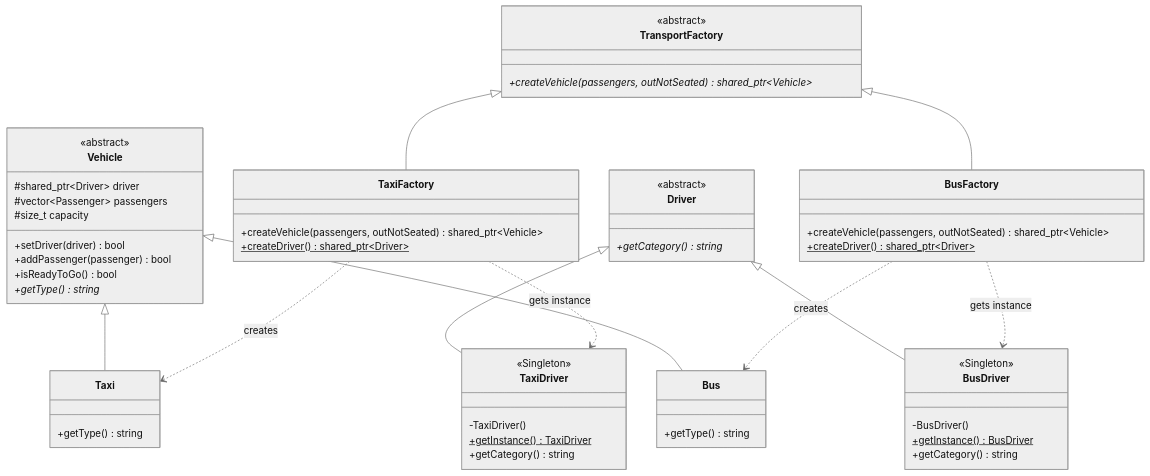
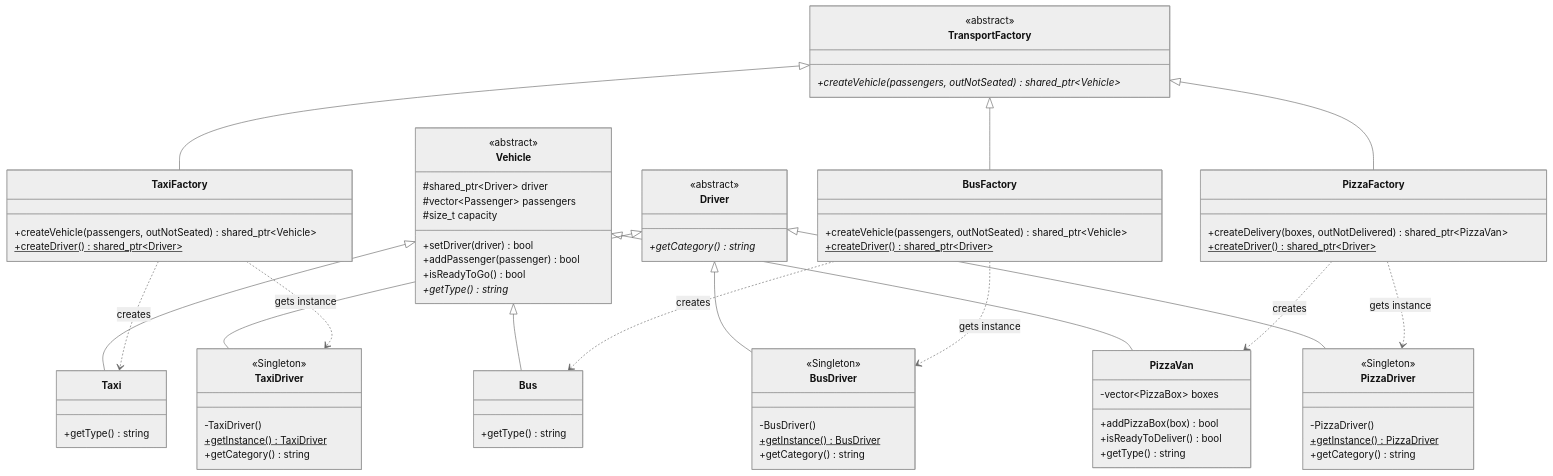
One commit to ivan-aleschin/uni changed the diagram in software-architecture/lab-1/README.md. Above: the diagram before and after it, drawn with Mermaid (neutral theme).

Commit message:
docs: fix README for lab-1

````diff
--- a/software-architecture/lab-1/README.md
+++ b/software-architecture/lab-1/README.md
@@ -51,15 +51,24 @@
     
     Vehicle <|-- Taxi
     Vehicle <|-- Bus
+    Vehicle <|-- PizzaVan
     Driver <|-- TaxiDriver
     Driver <|-- BusDriver
+    Driver <|-- PizzaDriver
     TransportFactory <|-- TaxiFactory
     TransportFactory <|-- BusFactory
+    TransportFactory <|-- PizzaFactory
 
     class Taxi {
         +getType() string
     }
     class Bus {
+        +getType() string
+    }
+    class PizzaVan {
+        -vector~PizzaBox~ boxes
+        +addPizzaBox(box) bool
+        +isReadyToDeliver() bool
         +getType() string
     }
 
@@ -75,6 +84,12 @@
         +getInstance()$ BusDriver
         +getCategory() string
     }
+    class PizzaDriver {
+        <<Singleton>>
+        -PizzaDriver()
+        +getInstance()$ PizzaDriver
+        +getCategory() string
+    }
 
     class TaxiFactory {
         +createVehicle(passengers, outNotSeated) shared_ptr~Vehicle~
@@ -84,9 +99,15 @@
         +createVehicle(passengers, outNotSeated) shared_ptr~Vehicle~
         +createDriver()$ shared_ptr~Driver~
     }
+    class PizzaFactory {
+        +createDelivery(boxes, outNotDelivered) shared_ptr~PizzaVan~
+        +createDriver()$ shared_ptr~Driver~
+    }
 
     TaxiFactory ..> Taxi : creates
     TaxiFactory ..> TaxiDriver : gets instance
     BusFactory ..> Bus : creates
     BusFactory ..> BusDriver : gets instance
+    PizzaFactory ..> PizzaVan : creates
+    PizzaFactory ..> PizzaDriver : gets instance
 ```
````
